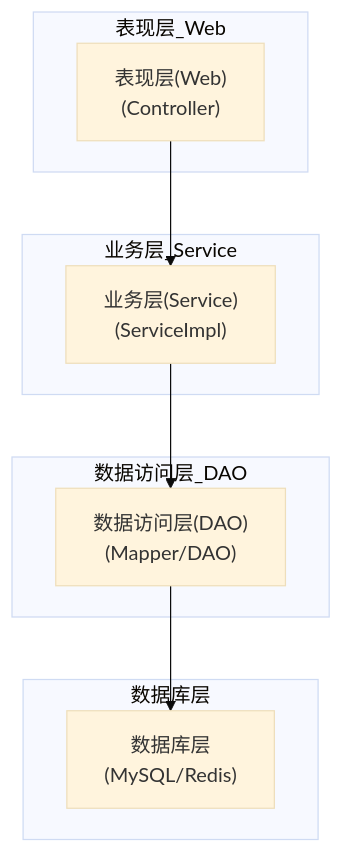
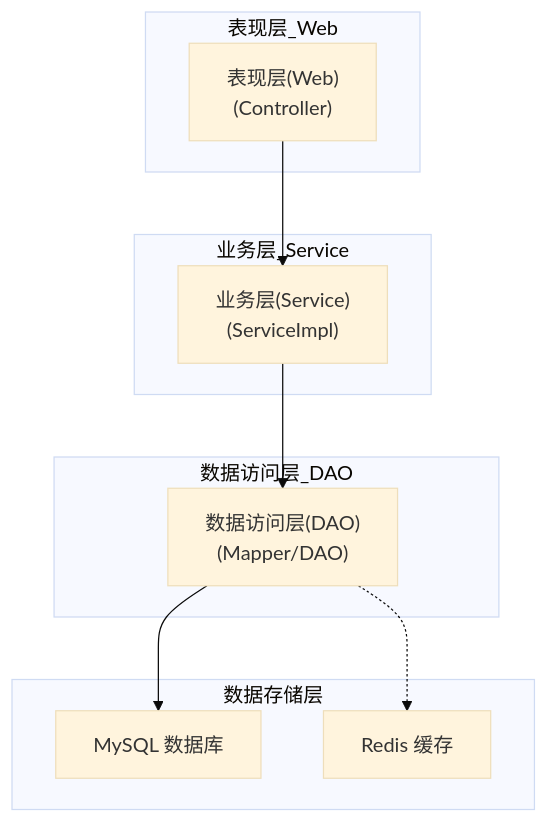
Before and after one commit to Moonlight168/blog: the second of 5 diagrams in src/series/myprojects/邮院通/架构设计.md, drawn with Mermaid (base theme). The commit also changed other lines of this file and 37 other files, not shown here.

````diff
--- a/src/series/myprojects/邮院通/架构设计.md
+++ b/src/series/myprojects/邮院通/架构设计.md
@@ -38,22 +128,24 @@
 ```mermaid
 flowchart TD
-    subgraph 表现层_Web
-        Controller["表现层(Web)\n(Controller)"]
-    end
-    
-    subgraph 业务层_Service
-        Service["业务层(Service)\n(ServiceImpl)"]
-    end
-    
-    subgraph 数据访问层_DAO
-        DAO["数据访问层(DAO)\n(Mapper/DAO)"]
-    end
-    
-    subgraph 数据库层
-        Database["数据库层\n(MySQL/Redis)"]
-    end
-    
-    Controller --> Service
-    Service --> DAO
-    DAO --> Database
+  subgraph 表现层_Web
+    Controller["表现层(Web)<br/>(Controller)"]
+  end
+
+  subgraph 业务层_Service
+    Service["业务层(Service)<br/>(ServiceImpl)"]
+  end
+
+  subgraph 数据访问层_DAO
+    DAO["数据访问层(DAO)<br/>(Mapper/DAO)"]
+  end
+
+  subgraph 数据存储层
+    MySQL["MySQL 数据库"]
+    Redis["Redis 缓存"]
+  end
+
+  Controller --> Service
+  Service --> DAO
+  DAO --> MySQL
+  DAO -.-> Redis
 ```
````
